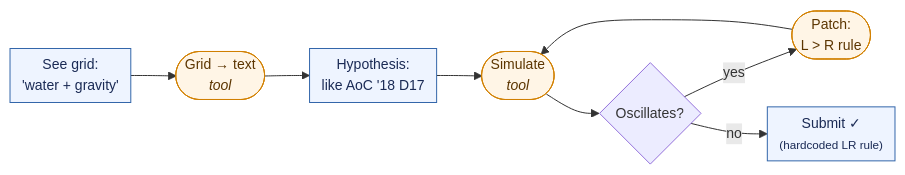
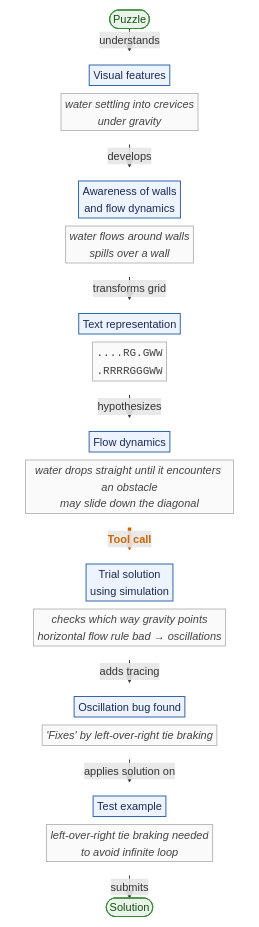
Before and after one commit to pivotools/arc-agi-presentation: the diagram in posts/agentic_coding_arc_agi/presentation.qmd, drawn with Mermaid. The commit also changed other lines of this file, not shown here.

Commit message:
much better puzzle solving diagram

````diff
--- a/posts/agentic_coding_arc_agi/presentation.qmd
+++ b/posts/agentic_coding_arc_agi/presentation.qmd
@@ -567,18 +578,68 @@
 ```{mermaid}
 %%| fig-align: center
-%%| fig-width: 9
-%%{init: {"flowchart": {"curve": "basis", "htmlLabels": true, "nodeSpacing": 30, "rankSpacing": 45, "padding": 6}, "themeVariables": {"fontSize": "14px"}}}%%
-flowchart LR
-    A["See grid:<br/>'water + gravity'"] --> B(["Grid &rarr; text<br/><i>tool</i>"])
-    B --> C["Hypothesis:<br/>like AoC '18 D17"]
-    C --> D(["Simulate<br/><i>tool</i>"])
-    D --> E{Oscillates?}
-    E -- yes --> F(["Patch:<br/>L &gt; R rule"])
-    F --> D
-    E -- no --> G["Submit &check;<br/><small>(hardcoded LR rule)</small>"]
+%%| fig-width: 7
+%%{init: {"flowchart": {"htmlLabels": true, "nodeSpacing": 8, "rankSpacing": 6, "padding": 2}, "themeVariables": {"fontSize": "11px"}}}%%
+flowchart TB
+    P([Puzzle])
+    subgraph rV [ ]
+        direction LR
+        V[Visual features]
+        VD["<i>water settling into crevices<br/>under gravity</i>"]
+    end
+    subgraph rW [ ]
+        direction LR
+        W["Awareness of walls<br/>and flow dynamics"]
+        WD["<i>water flows around walls<br/>spills over a wall</i>"]
+    end
+    subgraph rT [ ]
+        direction LR
+        T[Text representation]
+        TD["<code>....RG.GWW<br/>.RRRRGGGWW</code>"]
+    end
+    subgraph rF [ ]
+        direction LR
+        F[Flow dynamics]
+        FD["<i>water drops straight until it encounters an obstacle<br/>may slide down the diagonal</i>"]
+    end
+    subgraph rSIM [ ]
+        direction LR
+        SIM["Trial solution<br/>using simulation"]
+        SD["<i>checks which way gravity points<br/>horizontal flow rule bad → oscillations</i>"]
+    end
+    subgraph rB [ ]
+        direction LR
+        B[Oscillation bug found]
+        BD["<i>'Fixes' by left-over-right tie braking</i>"]
+    end
+    subgraph rTE [ ]
+        direction LR
+        TE[Test example]
+        TED["<i>left-over-right tie braking needed<br/>to avoid infinite loop</i>"]
+    end
+    SOL([Solution])
 
-    classDef think fill:#eef4ff,stroke:#3366aa,color:#1a2a55;
-    classDef tool fill:#fff5e6,stroke:#d18000,color:#5c3500;
-    class A,C,G think
-    class B,D,F tool
+    P -- understands --> V
+    V -- develops --> W
+    W -- transforms grid --> T
+    T -- hypothesizes --> F
+    F == Tool call ==> SIM
+    SIM -- adds tracing --> B
+    B -- applies solution on --> TE
+    TE -- submits --> SOL
+
+    style rV fill:none,stroke:none
+    style rW fill:none,stroke:none
+    style rT fill:none,stroke:none
+    style rF fill:none,stroke:none
+    style rSIM fill:none,stroke:none
+    style rB fill:none,stroke:none
+    style rTE fill:none,stroke:none
+
+    classDef main fill:#eef4ff,stroke:#3366aa,color:#1a2a55;
+    classDef detail fill:#fafafa,stroke:#bbb,color:#444;
+    classDef io fill:#e8f5e8,stroke:#3a8a3a,color:#1a4d1a;
+    class V,W,T,F,SIM,B,TE main
+    class VD,WD,TD,FD,SD,BD,TED detail
+    class P,SOL io
+    linkStyle 4 stroke:#cc6600,stroke-width:3.5px,color:#cc6600,font-weight:bold;
 ```
````
